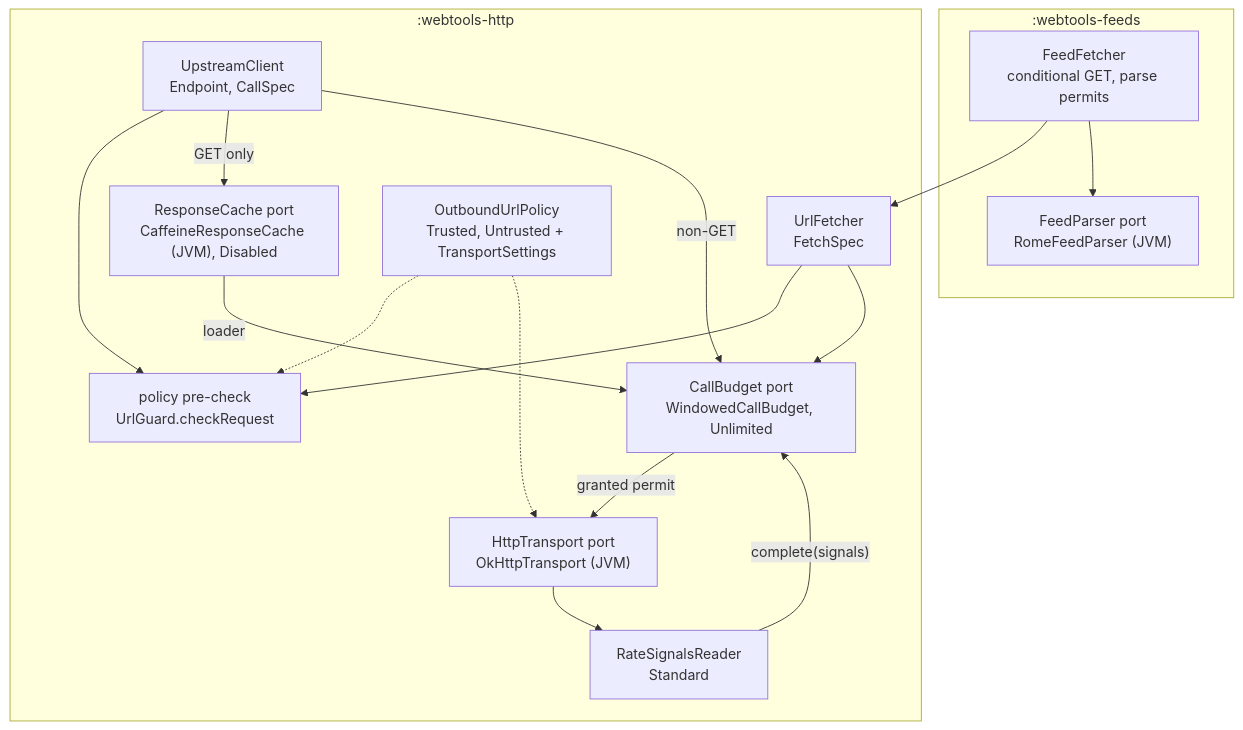
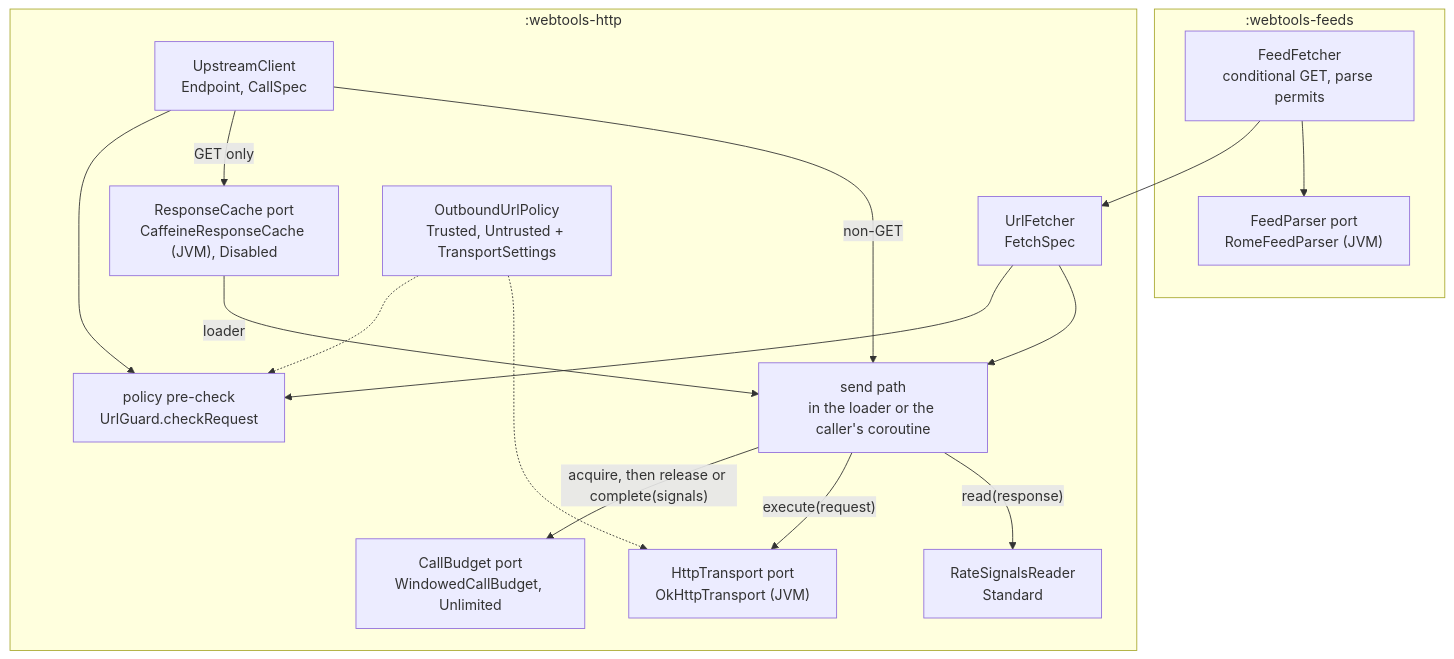
Before and after one commit to SpartanLaboratories/WebTools: the first of 4 diagrams in docs/webtools-http-architecture.md, drawn with Mermaid. The commit also changed other lines of this file and 3 other files, not shown here.

First line of the commit message:
docs: settle the URL policy wording in the architecture document (Issue #70)

````diff
--- a/docs/webtools-http-architecture.md
+++ b/docs/webtools-http-architecture.md
@@ -106,30 +120,31 @@
 ```mermaid
 flowchart TB
     subgraph FEEDS[":webtools-feeds"]
         FF["FeedFetcher<br/>conditional GET, parse permits"]
         FP["FeedParser port<br/>RomeFeedParser (JVM)"]
     end
     subgraph HTTP[":webtools-http"]
         UC["UpstreamClient<br/>Endpoint, CallSpec"]
         UF["UrlFetcher<br/>FetchSpec"]
         PRE["policy pre-check<br/>UrlGuard.checkRequest"]
         RC["ResponseCache port<br/>CaffeineResponseCache (JVM), Disabled"]
         CB["CallBudget port<br/>WindowedCallBudget, Unlimited"]
+        SP["send path<br/>in the loader or the caller's coroutine"]
         RS["RateSignalsReader<br/>Standard"]
         TR["HttpTransport port<br/>OkHttpTransport (JVM)"]
         POL["OutboundUrlPolicy<br/>Trusted, Untrusted + TransportSettings"]
     end
     FF --> UF
     FF --> FP
     UC --> PRE
     UF --> PRE
     UC -->|"GET only"| RC
-    RC -->|"loader"| CB
-    UC -->|"non-GET"| CB
-    UF --> CB
-    CB -->|"granted permit"| TR
-    TR --> RS
-    RS -->|"complete(signals)"| CB
+    RC -->|"loader"| SP
+    UC -->|"non-GET"| SP
+    UF --> SP
+    SP -->|"acquire, then release or complete(signals)"| CB
+    SP -->|"execute(request)"| TR
+    SP -->|"read(response)"| RS
     POL -.-> PRE
     POL -.-> TR
 ```
````
